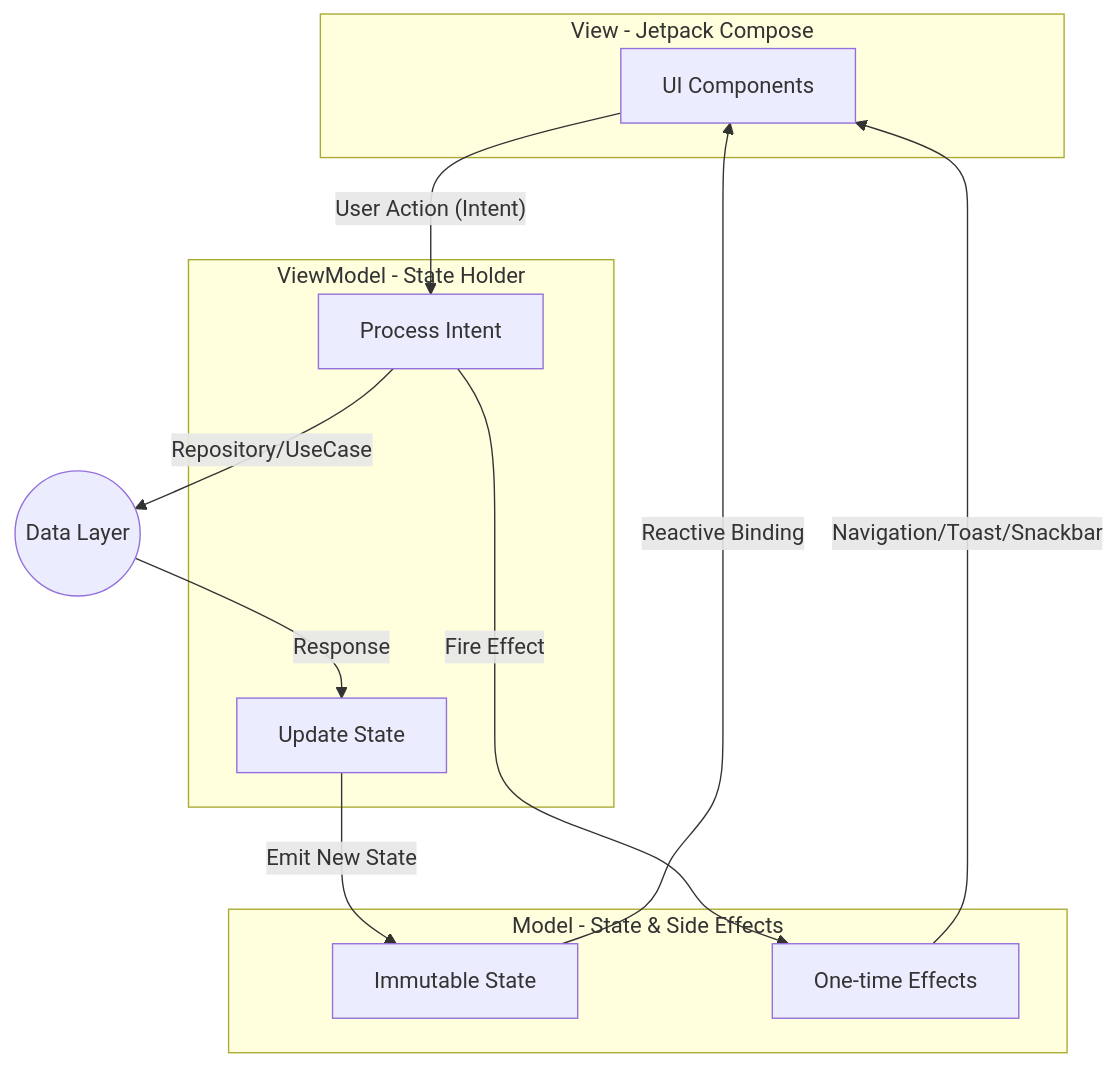
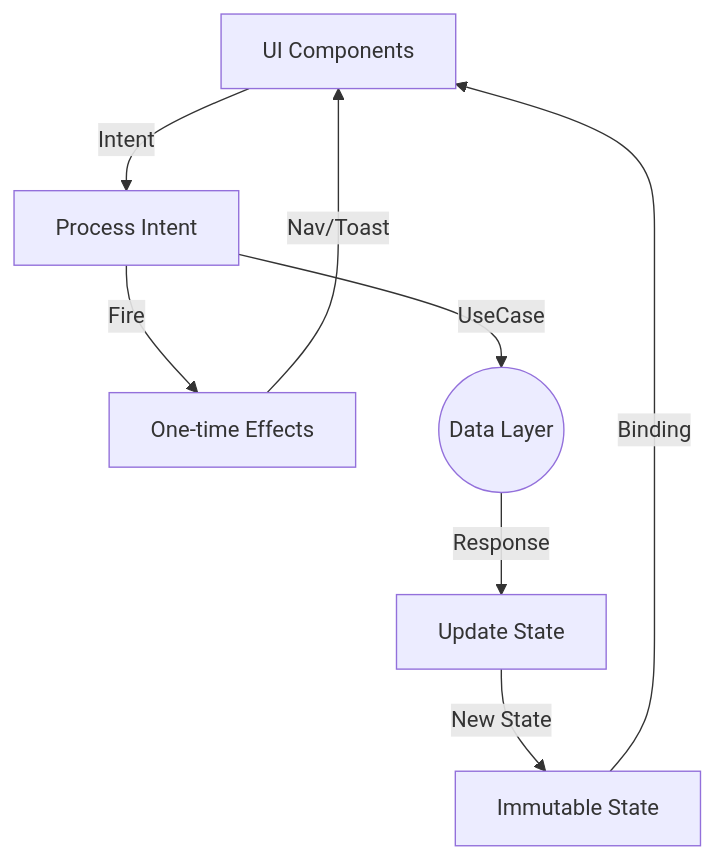
The first of 2 diagrams in README.md (muharifandi/compose-mvi), drawn with Mermaid before and after one commit. The commit also changed other lines of this file, not shown here.

Commit message:
docs: simplify README mermaid diagrams to fix rendering issues

````diff
--- a/README.md
+++ b/README.md
@@ -19,24 +19,17 @@
 ```mermaid
 graph TD
-    subgraph View [View - Jetpack Compose]
-        UI[UI Components]
-    end
+    UI[UI Components]
+    Process[Process Intent]
+    Reducer[Update State]
+    State[Immutable State]
+    Effect[One-time Effects]
+    Data((Data Layer))
 
-    subgraph ViewModel [ViewModel - State Holder]
-        Process[Process Intent]
-        Reducer[Update State]
-    end
-
-    subgraph Model [Model - State & Side Effects]
-        State[Immutable State]
-        Effect[One-time Effects]
-    end
-
-    UI -- "User Action (Intent)" --> Process
-    Process -- "Repository/UseCase" --> Data((Data Layer))
+    UI -- "Intent" --> Process
+    Process -- "UseCase" --> Data
     Data -- "Response" --> Reducer
-    Reducer -- "Emit New State" --> State
-    State -- "Reactive Binding" --> UI
-    Process -- "Fire Effect" --> Effect
-    Effect -- "Navigation/Toast/Snackbar" --> UI
+    Reducer -- "New State" --> State
+    State -- "Binding" --> UI
+    Process -- "Fire" --> Effect
+    Effect -- "Nav/Toast" --> UI
 ```
````
